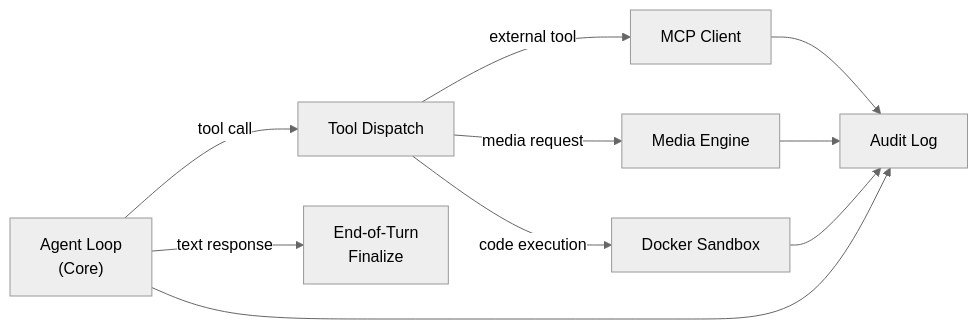
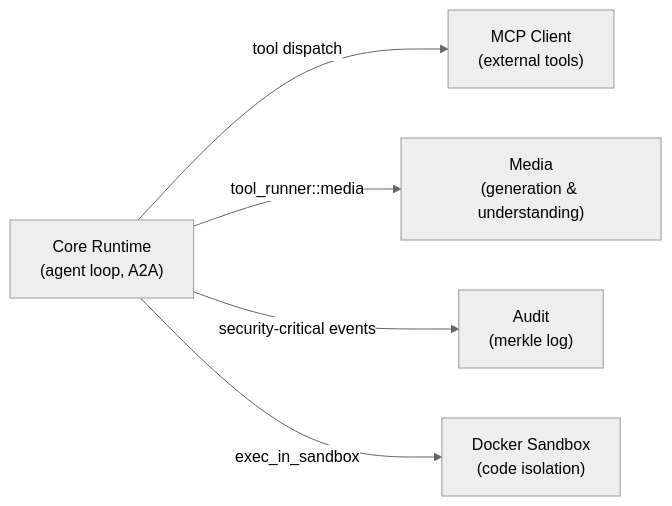
Before and after one commit to leszek3737/librefang-WIki: the diagram in agent-runtime.md, drawn with Mermaid (neutral theme). The commit also changed other lines of this file and 126 other files, not shown here.

````diff
--- a/agent-runtime.md
+++ b/agent-runtime.md
@@ -19,13 +19,13 @@
 ```mermaid
 graph LR
-    LOOP["Agent Loop<br/>(Core)"]
-    LOOP -->|tool call| DISPATCH["Tool Dispatch"]
-    DISPATCH -->|external tool| MCP["MCP Client"]
-    DISPATCH -->|media request| MEDIA["Media Engine"]
-    DISPATCH -->|code execution| SANDBOX["Docker Sandbox"]
-    MCP --> LOG["Audit Log"]
-    MEDIA --> LOG
-    SANDBOX --> LOG
-    LOOP --> LOG
-    LOOP -->|text response| FINALIZE["End-of-Turn<br/>Finalize"]
+    Core["Core Runtime<br/>(agent loop, A2A)"]
+    Audit["Audit<br/>(merkle log)"]
+    MCP["MCP Client<br/>(external tools)"]
+    Media["Media<br/>(generation & understanding)"]
+    Sandbox["Docker Sandbox<br/>(code isolation)"]
+
+    Core -->|"tool dispatch"| MCP
+    Core -->|"tool_runner::media"| Media
+    Core -->|"security-critical events"| Audit
+    Core -->|"exec_in_sandbox"| Sandbox
 ```
````
